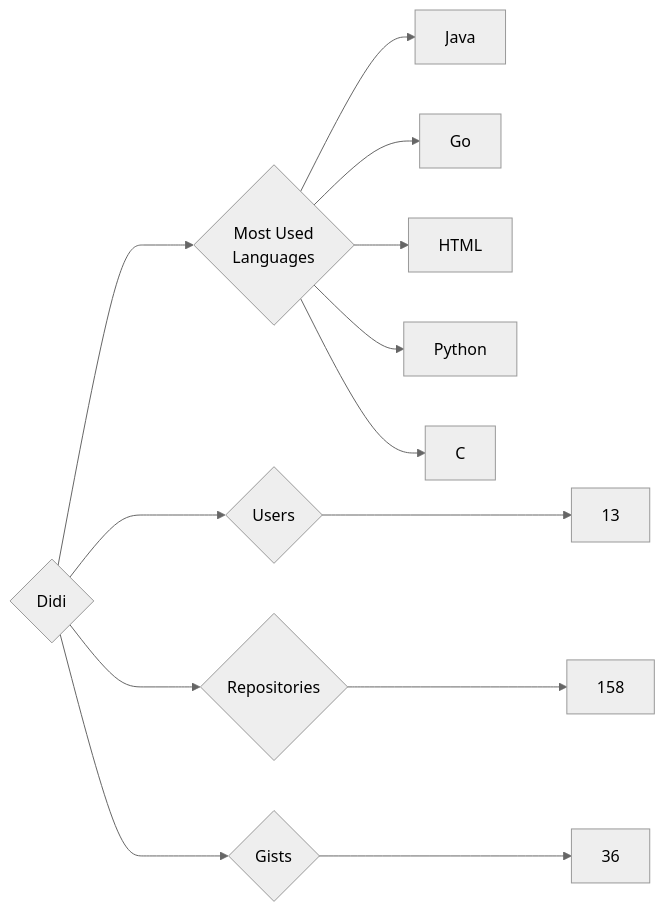
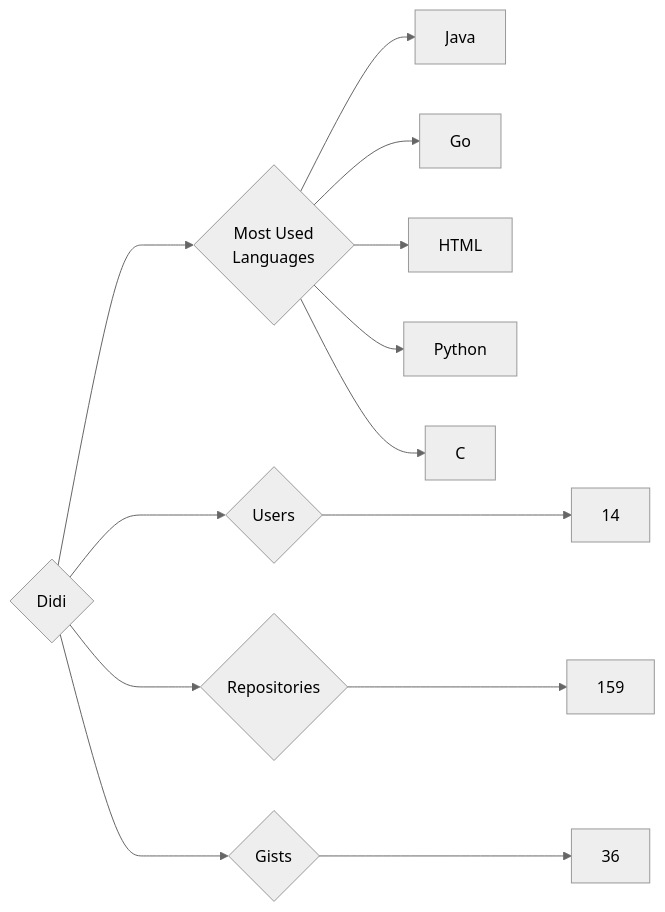
Before and after one commit to trickest/insiders: the diagram in targets/Didi/README.md, drawn with Mermaid (neutral theme). The commit also changed 873 other files, not shown here.

````diff
--- a/targets/Didi/README.md
+++ b/targets/Didi/README.md
@@ -3,13 +3,13 @@
 ```mermaid
 graph LR
 COMPANY_NAME{Didi}
-COMPANY_NAME ---> U{Users} ---> UN[13]
-COMPANY_NAME ---> R{Repositories} ---> RN[158]
+COMPANY_NAME ---> U{Users} ---> UN[14]
+COMPANY_NAME ---> R{Repositories} ---> RN[159]
 COMPANY_NAME ---> G{Gists} ---> GN[36]
 COMPANY_NAME ---> ML{Most Used<br>Languages}
 ML --> Java[Java]
 ML --> Go[Go]
 ML --> HTML[HTML]
 ML --> Python[Python]
 ML --> C[C]
 ```
````
